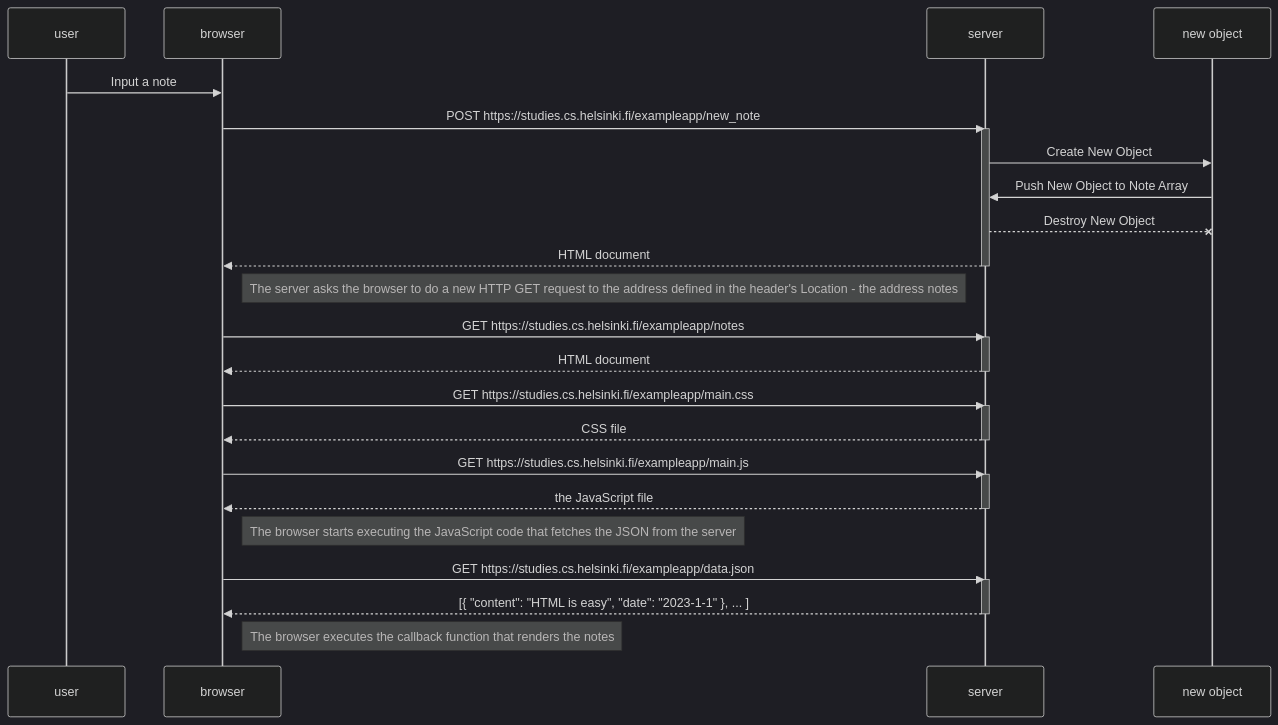
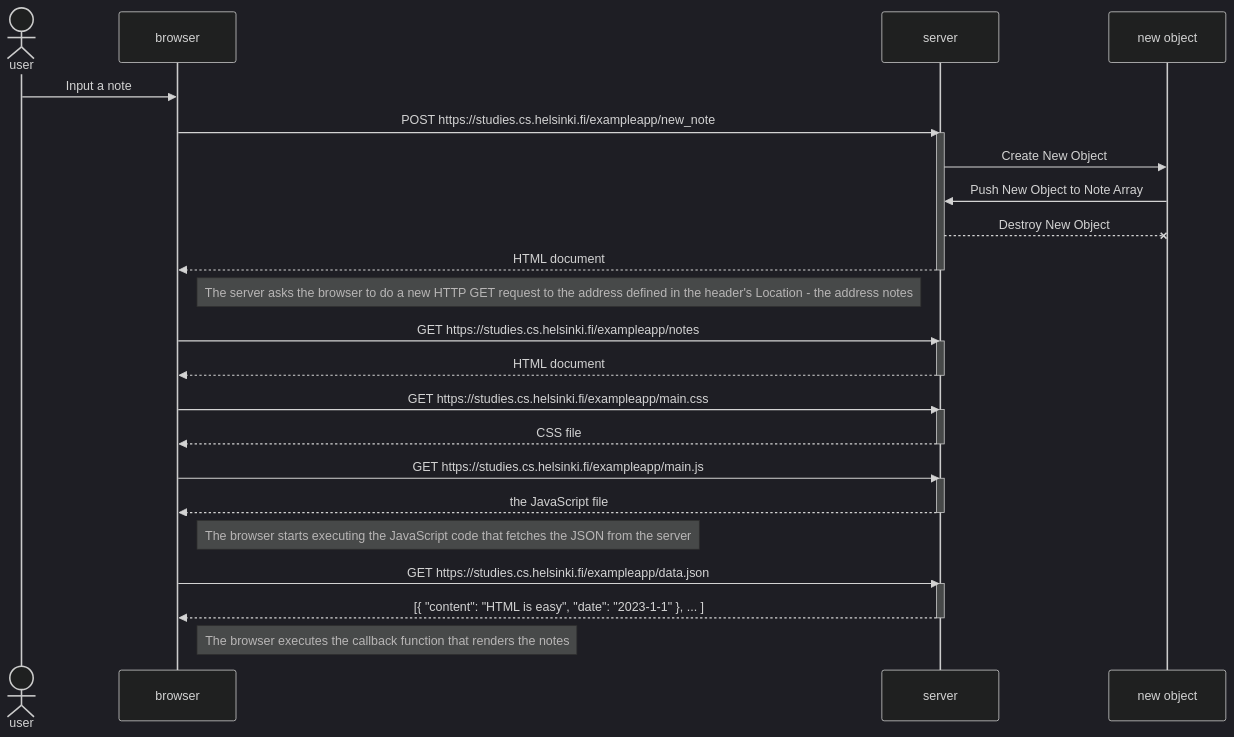
The diagram in part0/0.4.NewNoteDiagram.md (dyzine/FullStackOpen), drawn with Mermaid (dark theme) before and after one commit. The commit also changed 12 other files, not shown here.

Commit message:
Part 0 - [MODIFIED] Modified actor user in 0.4NewNoteDiagram.md - [ADDED] Create new exercise (0.5SPADiagram.md and 0.6md) Part 1 - [ADDED] Create new project exercise Course Info.

````diff
--- a/part0/0.4.NewNoteDiagram.md
+++ b/part0/0.4.NewNoteDiagram.md
@@ -1,45 +1,45 @@
 ```mermaid
 sequenceDiagram
-    participant user
+    actor user
     participant browser
     participant server
     participant new object
 
 
     user->>browser: Input a note
 
     browser->>server: POST https://studies.cs.helsinki.fi/exampleapp/new_note
     activate server
     server->>new object: Create New Object
     new object->>server: Push New Object to Note Array
     server--xnew object: Destroy New Object
 
     server-->>browser: HTML document
     deactivate server
 
     Note right of browser: The server asks the browser to do a new HTTP GET request to the address defined in the header's Location - the address notes
 
     browser->>server: GET https://studies.cs.helsinki.fi/exampleapp/notes
     activate server
     server-->>browser: HTML document
     deactivate server
 
     browser->>server: GET https://studies.cs.helsinki.fi/exampleapp/main.css
     activate server
     server-->>browser: CSS file
     deactivate server
 
     browser->>server: GET https://studies.cs.helsinki.fi/exampleapp/main.js
     activate server
     server-->>browser: the JavaScript file
     deactivate server
 
     Note right of browser: The browser starts executing the JavaScript code that fetches the JSON from the server
 
     browser->>server: GET https://studies.cs.helsinki.fi/exampleapp/data.json
     activate server
     server-->>browser: [{ "content": "HTML is easy", "date": "2023-1-1" }, ... ]
     deactivate server
 
     Note right of browser: The browser executes the callback function that renders the notes
 ```
````
